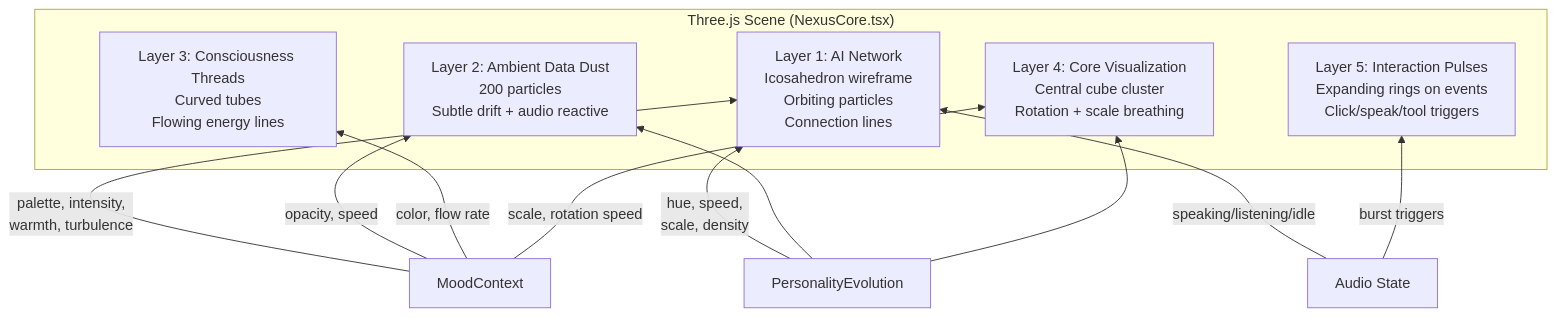
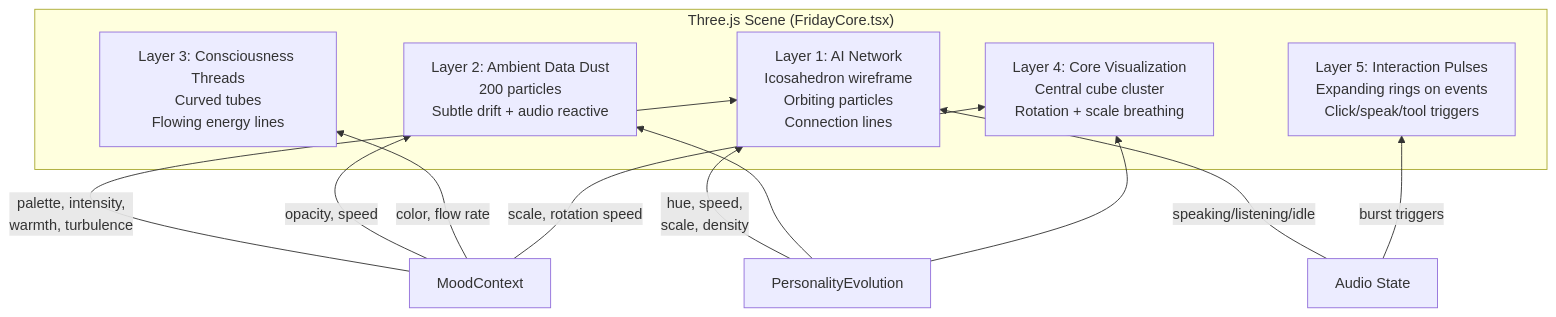
Diagram 15 of 17 in ARCHITECTURE.md (FutureSpeakAI/Agent-Friday), drawn with Mermaid before and after one commit. The commit also changed other lines of this file and 58 other files, not shown here.

First line of the commit message:
refactor: complete Eve/Nexus→Friday rename + voice-first defaults

````diff
--- a/ARCHITECTURE.md
+++ b/ARCHITECTURE.md
@@ -1237,20 +1237,20 @@
 ```mermaid
 graph BT
-    subgraph "Three.js Scene (NexusCore.tsx)"
+    subgraph "Three.js Scene (FridayCore.tsx)"
         L1[Layer 1: AI Network<br/>Icosahedron wireframe<br/>Orbiting particles<br/>Connection lines]
         L2[Layer 2: Ambient Data Dust<br/>200 particles<br/>Subtle drift + audio reactive]
         L3[Layer 3: Consciousness Threads<br/>Curved tubes<br/>Flowing energy lines]
         L4[Layer 4: Core Visualization<br/>Central cube cluster<br/>Rotation + scale breathing]
         L5[Layer 5: Interaction Pulses<br/>Expanding rings on events<br/>Click/speak/tool triggers]
     end
 
     MOOD[MoodContext] -->|palette, intensity,<br/>warmth, turbulence| L1
     MOOD -->|opacity, speed| L2
     MOOD -->|color, flow rate| L3
     MOOD -->|scale, rotation speed| L4
     AUDIO[Audio State] -->|speaking/listening/idle| L1
     AUDIO -->|burst triggers| L5
     EVOLVE[PersonalityEvolution] -->|hue, speed,<br/>scale, density| L1
     EVOLVE --> L2
     EVOLVE --> L4
 ```
````
